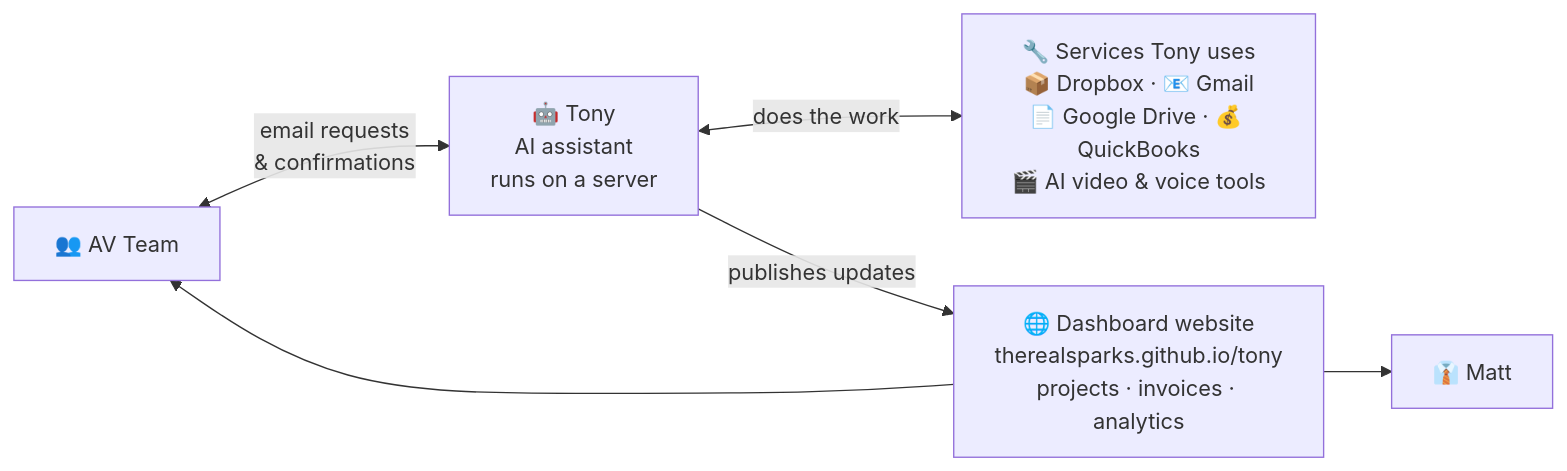
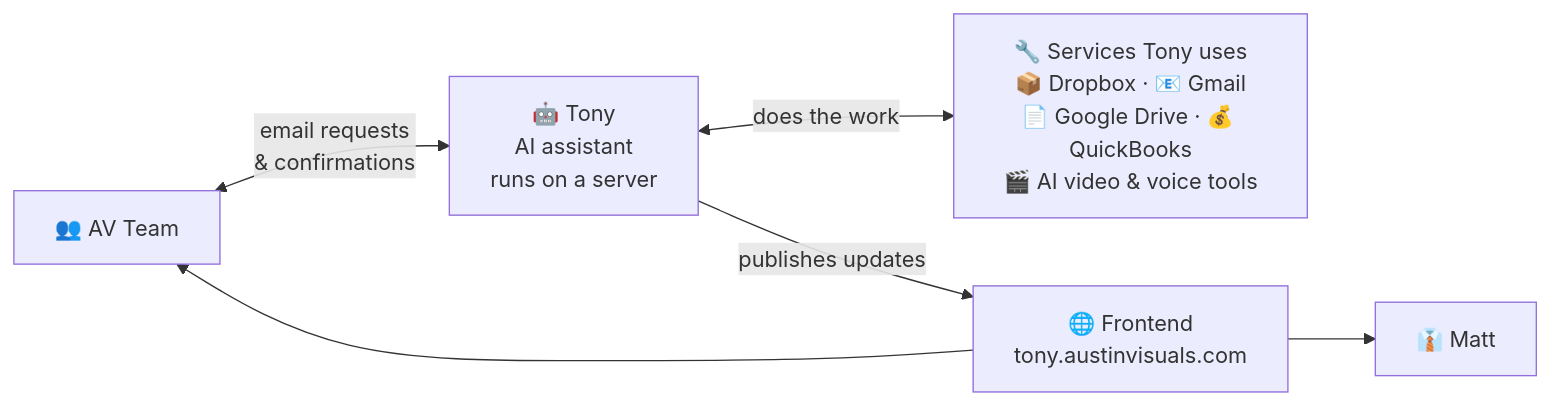
Before and after one commit to therealsparks/tony-docs: the diagram in README.md, drawn with Mermaid. The commit also changed 6 other files, not shown here.

Commit message:
Refactor architecture diagrams: backend/frontend framing, cleaner labels, tony.austinvisuals.com

````diff
--- a/README.md
+++ b/README.md
@@ -18,18 +18,18 @@
 ```mermaid
 flowchart LR
     TEAM["👥 AV Team"]
 
     TONY["🤖 Tony<br/>AI assistant<br/>runs on a server"]
 
     SVCS["🔧 Services Tony uses<br/>📦 Dropbox · 📧 Gmail<br/>📄 Google Drive · 💰 QuickBooks<br/>🎬 AI video &amp; voice tools"]
 
-    SITE["🌐 Dashboard website<br/>therealsparks.github.io/tony<br/>projects · invoices · analytics"]
+    SITE["🌐 Frontend<br/>tony.austinvisuals.com"]
 
     MATT["👔 Matt"]
 
     TEAM <-->|"email requests<br/>&amp; confirmations"| TONY
     TONY <-->|"does the work"| SVCS
     TONY -->|"publishes updates"| SITE
     SITE --> MATT
     SITE --> TEAM
 ```
````
